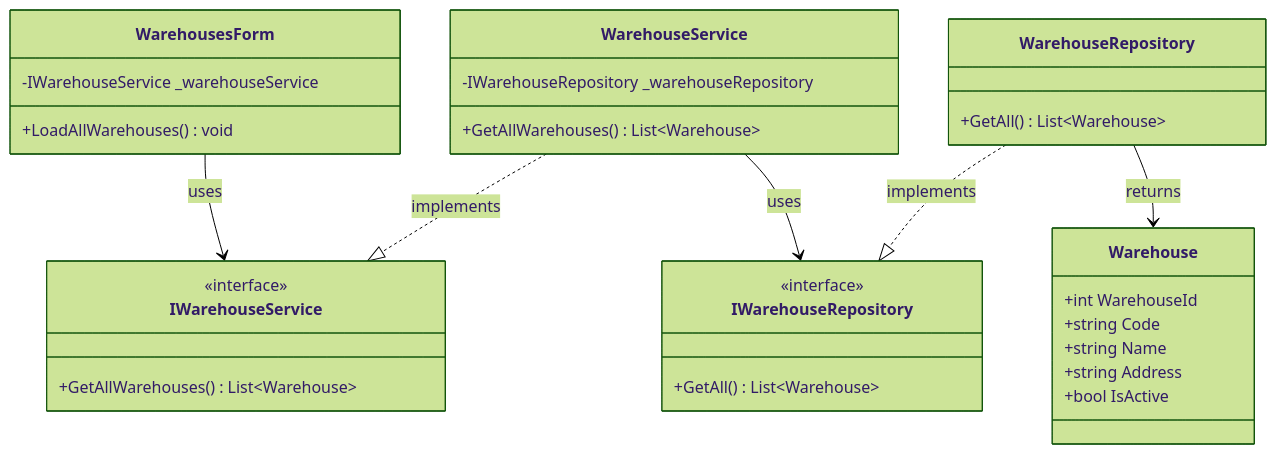
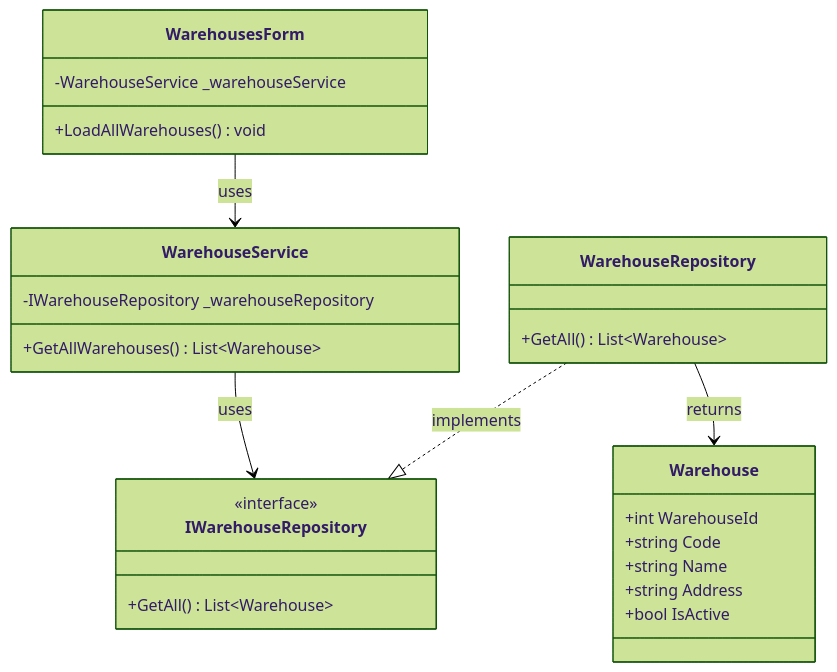
The seventh of 12 diagrams in Documentation/UML_Diagrams/16_Warehouses_UseCases.md (nahuk86/tp_diploma_nk_2026), drawn with Mermaid (forest theme) before and after one commit. The commit also changed other lines of this file and 5 other files, not shown here.

First line of the commit message:
Fix UML documentation: remove non-existent BLL service interfaces

````diff
--- a/Documentation/UML_Diagrams/16_Warehouses_UseCases.md
+++ b/Documentation/UML_Diagrams/16_Warehouses_UseCases.md
@@ -267,40 +247,35 @@
 ```mermaid
 classDiagram
     class WarehousesForm {
-        -IWarehouseService _warehouseService
+        -WarehouseService _warehouseService
         +LoadAllWarehouses() void
     }
 
-    class IWarehouseService {
-        <<interface>>
-        +GetAllWarehouses() List~Warehouse~
-    }
 
     class WarehouseService {
         -IWarehouseRepository _warehouseRepository
         +GetAllWarehouses() List~Warehouse~
     }
 
     class IWarehouseRepository {
         <<interface>>
         +GetAll() List~Warehouse~
     }
 
     class WarehouseRepository {
         +GetAll() List~Warehouse~
     }
 
     class Warehouse {
         +int WarehouseId
         +string Code
         +string Name
         +string Address
         +bool IsActive
     }
 
-    WarehousesForm --> IWarehouseService : uses
-    WarehouseService ..|> IWarehouseService : implements
+    WarehousesForm --> WarehouseService : uses
     WarehouseService --> IWarehouseRepository : uses
     WarehouseRepository ..|> IWarehouseRepository : implements
     WarehouseRepository --> Warehouse : returns
 ```
````
